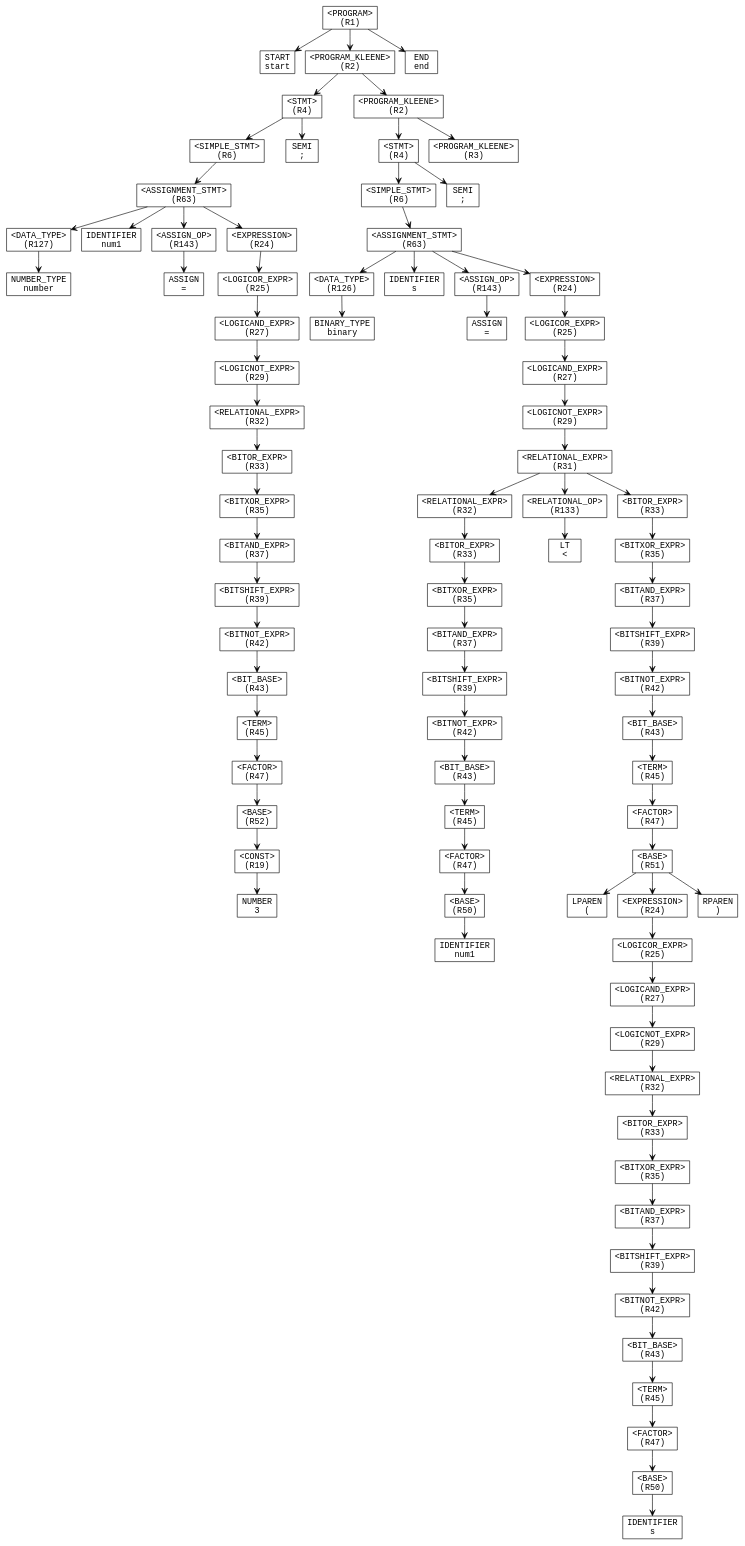
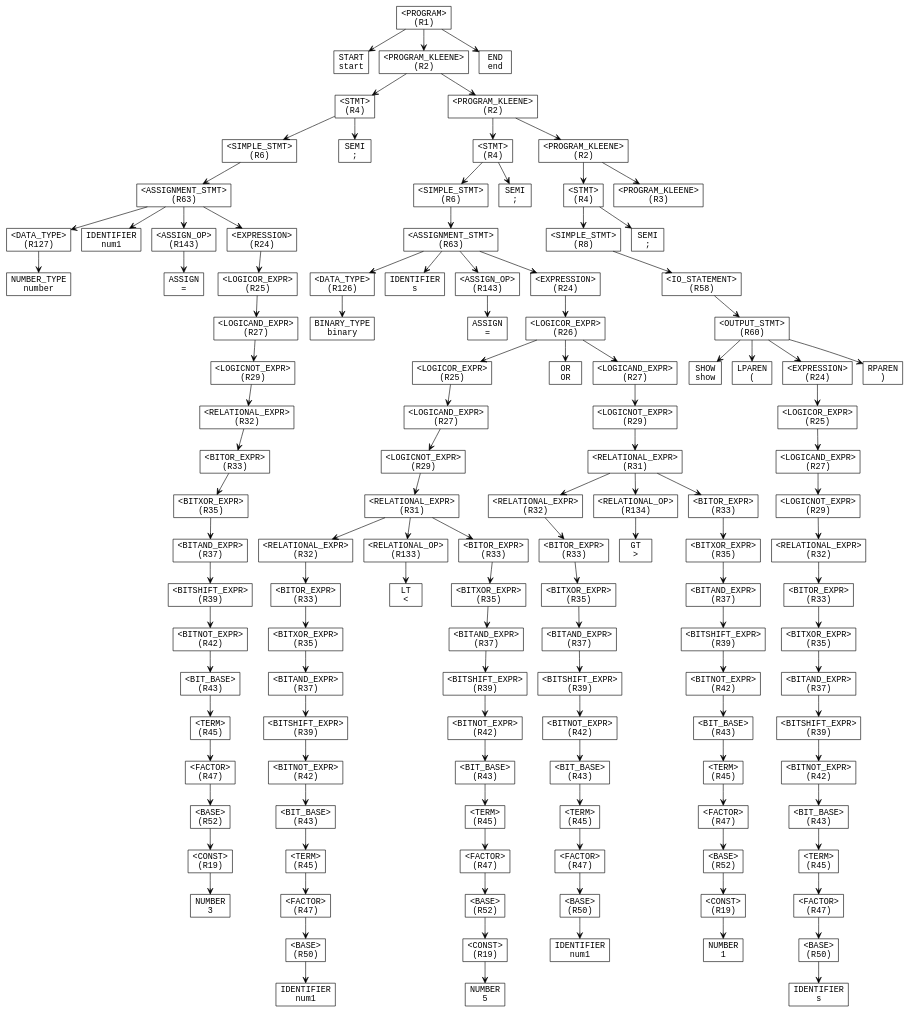
The diagram in parse_tree.dot (AjDesuuu/Upspyre-Programming-Language), drawn with Graphviz before and after one commit. The commit also changed 3 other files, not shown here.

```diff
--- a/parse_tree.dot
+++ b/parse_tree.dot
@@ -1,40 +1,39 @@
 digraph ParseTree {
   node [shape=box, fontname="Courier"];
   edge [arrowhead=vee];
-  n1492285321 [label="<PROGRAM>\n(R1)"];
-  n285769409 [label="START\nstart"];
-  n1492285321 -> n285769409;
-  n1536781295 [label="<PROGRAM_KLEENE>\n(R2)"];
-  n689754290 [label="<STMT>\n(R4)"];
-  n1654236199 [label="<SIMPLE_STMT>\n(R6)"];
-  n817180867 [label="<ASSIGNMENT_STMT>\n(R63)"];
-  n543417129 [label="<DATA_TYPE>\n(R127)"];
-  n1865760471 [label="NUMBER_TYPE\nnumber"];
-  n543417129 -> n1865760471;
+  n700131851 [label="<PROGRAM>\n(R1)"];
+  n1201800545 [label="START\nstart"];
+  n700131851 -> n1201800545;
+  n285769409 [label="<PROGRAM_KLEENE>\n(R2)"];
+  n1536781295 [label="<STMT>\n(R4)"];
+  n689754290 [label="<SIMPLE_STMT>\n(R6)"];
+  n1654236199 [label="<ASSIGNMENT_STMT>\n(R63)"];
+  n817180867 [label="<DATA_TYPE>\n(R127)"];
+  n543417129 [label="NUMBER_TYPE\nnumber"];
   n817180867 -> n543417129;
-  n1084360586 [label="IDENTIFIER\nnum1"];
-  n817180867 -> n1084360586;
-  n1493697653 [label="<ASSIGN_OP>\n(R143)"];
-  n1716379350 [label="ASSIGN\n="];
-  n1493697653 -> n1716379350;
-  n817180867 -> n1493697653;
-  n550016846 [label="<EXPRESSION>\n(R24)"];
-  n1887853194 [label="<LOGICOR_EXPR>\n(R25)"];
-  n1773454147 [label="<LOGICAND_EXPR>\n(R27)"];
-  n1627851725 [label="<LOGICNOT_EXPR>\n(R29)"];
-  n85033540 [label="<RELATIONAL_EXPR>\n(R32)"];
-  n1199688294 [label="<BITOR_EXPR>\n(R33)"];
-  n140556046 [label="<BITXOR_EXPR>\n(R35)"];
-  n1373670572 [label="<BITAND_EXPR>\n(R37)"];
-  n1491744630 [label="<BITSHIFT_EXPR>\n(R39)"];
-  n292619511 [label="<BITNOT_EXPR>\n(R42)"];
-  n480512272 [label="<BIT_BASE>\n(R43)"];
-  n1240757188 [label="<TERM>\n(R45)"];
-  n1076669451 [label="<FACTOR>\n(R47)"];
-  n1499684421 [label="<BASE>\n(R52)"];
-  n1697849584 [label="<CONST>\n(R19)"];
-  n263394753 [label="NUMBER\n3"];
-  n1697849584 -> n263394753;
+  n1654236199 -> n817180867;
+  n1865760471 [label="IDENTIFIER\nnum1"];
+  n1654236199 -> n1865760471;
+  n1084360586 [label="<ASSIGN_OP>\n(R143)"];
+  n1493697653 [label="ASSIGN\n="];
+  n1084360586 -> n1493697653;
+  n1654236199 -> n1084360586;
+  n1716379350 [label="<EXPRESSION>\n(R24)"];
+  n550016846 [label="<LOGICOR_EXPR>\n(R25)"];
+  n1887853194 [label="<LOGICAND_EXPR>\n(R27)"];
+  n1773454147 [label="<LOGICNOT_EXPR>\n(R29)"];
+  n1627851725 [label="<RELATIONAL_EXPR>\n(R32)"];
+  n85033540 [label="<BITOR_EXPR>\n(R33)"];
+  n1199688294 [label="<BITXOR_EXPR>\n(R35)"];
+  n140556046 [label="<BITAND_EXPR>\n(R37)"];
+  n1373670572 [label="<BITSHIFT_EXPR>\n(R39)"];
+  n1491744630 [label="<BITNOT_EXPR>\n(R42)"];
+  n292619511 [label="<BIT_BASE>\n(R43)"];
+  n480512272 [label="<TERM>\n(R45)"];
+  n1240757188 [label="<FACTOR>\n(R47)"];
+  n1076669451 [label="<BASE>\n(R52)"];
+  n1499684421 [label="<CONST>\n(R19)"];
+  n1697849584 [label="NUMBER\n3"];
   n1499684421 -> n1697849584;
   n1076669451 -> n1499684421;
   n1240757188 -> n1076669451;
@@ -49,27 +48,29 @@
   n1773454147 -> n1627851725;
   n1887853194 -> n1773454147;
   n550016846 -> n1887853194;
-  n817180867 -> n550016846;
-  n1654236199 -> n817180867;
+  n1716379350 -> n550016846;
+  n1654236199 -> n1716379350;
   n689754290 -> n1654236199;
-  n710589640 [label="SEMI\n;"];
-  n689754290 -> n710589640;
   n1536781295 -> n689754290;
-  n1762156208 [label="<PROGRAM_KLEENE>\n(R2)"];
-  n364959681 [label="<STMT>\n(R4)"];
-  n46847397 [label="<SIMPLE_STMT>\n(R6)"];
-  n2106168776 [label="<ASSIGNMENT_STMT>\n(R63)"];
-  n1457498391 [label="<DATA_TYPE>\n(R126)"];
-  n1169294034 [label="BINARY_TYPE\nbinary"];
-  n1457498391 -> n1169294034;
+  n263394753 [label="SEMI\n;"];
+  n1536781295 -> n263394753;
+  n285769409 -> n1536781295;
+  n710589640 [label="<PROGRAM_KLEENE>\n(R2)"];
+  n1762156208 [label="<STMT>\n(R4)"];
+  n364959681 [label="<SIMPLE_STMT>\n(R6)"];
+  n46847397 [label="<ASSIGNMENT_STMT>\n(R63)"];
+  n2106168776 [label="<DATA_TYPE>\n(R126)"];
+  n1457498391 [label="BINARY_TYPE\nbinary"];
   n2106168776 -> n1457498391;
-  n293703740 [label="IDENTIFIER\ns"];
-  n2106168776 -> n293703740;
-  n538402833 [label="<ASSIGN_OP>\n(R143)"];
-  n187429397 [label="ASSIGN\n="];
-  n538402833 -> n187429397;
-  n2106168776 -> n538402833;
-  n1583007024 [label="<EXPRESSION>\n(R24)"];
+  n46847397 -> n2106168776;
+  n1169294034 [label="IDENTIFIER\ns"];
+  n46847397 -> n1169294034;
+  n293703740 [label="<ASSIGN_OP>\n(R143)"];
+  n538402833 [label="ASSIGN\n="];
+  n293703740 -> n538402833;
+  n46847397 -> n293703740;
+  n187429397 [label="<EXPRESSION>\n(R24)"];
+  n1583007024 [label="<LOGICOR_EXPR>\n(R26)"];
   n1128771255 [label="<LOGICOR_EXPR>\n(R25)"];
   n1481328934 [label="<LOGICAND_EXPR>\n(R27)"];
   n212120416 [label="<LOGICNOT_EXPR>\n(R29)"];
@@ -108,41 +109,11 @@
   n960567963 [label="<BIT_BASE>\n(R43)"];
   n881821475 [label="<TERM>\n(R45)"];
   n1779613187 [label="<FACTOR>\n(R47)"];
-  n2143690519 [label="<BASE>\n(R51)"];
-  n1323452342 [label="LPAREN\n("];
+  n2143690519 [label="<BASE>\n(R52)"];
+  n1323452342 [label="<CONST>\n(R19)"];
+  n110917590 [label="NUMBER\n5"];
+  n1323452342 -> n110917590;
   n2143690519 -> n1323452342;
-  n110917590 [label="<EXPRESSION>\n(R24)"];
-  n2038510496 [label="<LOGICOR_EXPR>\n(R25)"];
-  n921744672 [label="<LOGICAND_EXPR>\n(R27)"];
-  n1794345919 [label="<LOGICNOT_EXPR>\n(R29)"];
-  n255091696 [label="<RELATIONAL_EXPR>\n(R32)"];
-  n2144886149 [label="<BITOR_EXPR>\n(R33)"];
-  n1286782699 [label="<BITXOR_EXPR>\n(R35)"];
-  n988441265 [label="<BITAND_EXPR>\n(R37)"];
-  n384677375 [label="<BITSHIFT_EXPR>\n(R39)"];
-  n728032978 [label="<BITNOT_EXPR>\n(R42)"];
-  n1928872115 [label="<BIT_BASE>\n(R43)"];
-  n464389055 [label="<TERM>\n(R45)"];
-  n1612124024 [label="<FACTOR>\n(R47)"];
-  n1816737758 [label="<BASE>\n(R50)"];
-  n1552158524 [label="IDENTIFIER\ns"];
-  n1816737758 -> n1552158524;
-  n1612124024 -> n1816737758;
-  n464389055 -> n1612124024;
-  n1928872115 -> n464389055;
-  n728032978 -> n1928872115;
-  n384677375 -> n728032978;
-  n988441265 -> n384677375;
-  n1286782699 -> n988441265;
-  n2144886149 -> n1286782699;
-  n255091696 -> n2144886149;
-  n1794345919 -> n255091696;
-  n921744672 -> n1794345919;
-  n2038510496 -> n921744672;
-  n110917590 -> n2038510496;
-  n2143690519 -> n110917590;
-  n928799976 [label="RPAREN\n)"];
-  n2143690519 -> n928799976;
   n1779613187 -> n2143690519;
   n881821475 -> n1779613187;
   n960567963 -> n881821475;
@@ -156,16 +127,121 @@
   n1481328934 -> n212120416;
   n1128771255 -> n1481328934;
   n1583007024 -> n1128771255;
-  n2106168776 -> n1583007024;
-  n46847397 -> n2106168776;
+  n2038510496 [label="OR\nOR"];
+  n1583007024 -> n2038510496;
+  n921744672 [label="<LOGICAND_EXPR>\n(R27)"];
+  n1794345919 [label="<LOGICNOT_EXPR>\n(R29)"];
+  n255091696 [label="<RELATIONAL_EXPR>\n(R31)"];
+  n2144886149 [label="<RELATIONAL_EXPR>\n(R32)"];
+  n1286782699 [label="<BITOR_EXPR>\n(R33)"];
+  n988441265 [label="<BITXOR_EXPR>\n(R35)"];
+  n384677375 [label="<BITAND_EXPR>\n(R37)"];
+  n728032978 [label="<BITSHIFT_EXPR>\n(R39)"];
+  n1928872115 [label="<BITNOT_EXPR>\n(R42)"];
+  n464389055 [label="<BIT_BASE>\n(R43)"];
+  n1612124024 [label="<TERM>\n(R45)"];
+  n1816737758 [label="<FACTOR>\n(R47)"];
+  n1552158524 [label="<BASE>\n(R50)"];
+  n928799976 [label="IDENTIFIER\nnum1"];
+  n1552158524 -> n928799976;
+  n1816737758 -> n1552158524;
+  n1612124024 -> n1816737758;
+  n464389055 -> n1612124024;
+  n1928872115 -> n464389055;
+  n728032978 -> n1928872115;
+  n384677375 -> n728032978;
+  n988441265 -> n384677375;
+  n1286782699 -> n988441265;
+  n2144886149 -> n1286782699;
+  n255091696 -> n2144886149;
+  n1869146548 [label="<RELATIONAL_OP>\n(R134)"];
+  n1245365312 [label="GT\n>"];
+  n1869146548 -> n1245365312;
+  n255091696 -> n1869146548;
+  n909893588 [label="<BITOR_EXPR>\n(R33)"];
+  n1674931943 [label="<BITXOR_EXPR>\n(R35)"];
+  n1264066144 [label="<BITAND_EXPR>\n(R37)"];
+  n1474087823 [label="<BITSHIFT_EXPR>\n(R39)"];
+  n1064397791 [label="<BITNOT_EXPR>\n(R42)"];
+  n2006681728 [label="<BIT_BASE>\n(R43)"];
+  n2092638989 [label="<TERM>\n(R45)"];
+  n1292509094 [label="<FACTOR>\n(R47)"];
+  n2031200843 [label="<BASE>\n(R52)"];
+  n1390801505 [label="<CONST>\n(R19)"];
+  n2011369595 [label="NUMBER\n1"];
+  n1390801505 -> n2011369595;
+  n2031200843 -> n1390801505;
+  n1292509094 -> n2031200843;
+  n2092638989 -> n1292509094;
+  n2006681728 -> n2092638989;
+  n1064397791 -> n2006681728;
+  n1474087823 -> n1064397791;
+  n1264066144 -> n1474087823;
+  n1674931943 -> n1264066144;
+  n909893588 -> n1674931943;
+  n255091696 -> n909893588;
+  n1794345919 -> n255091696;
+  n921744672 -> n1794345919;
+  n1583007024 -> n921744672;
+  n187429397 -> n1583007024;
+  n46847397 -> n187429397;
   n364959681 -> n46847397;
-  n1869146548 [label="SEMI\n;"];
-  n364959681 -> n1869146548;
   n1762156208 -> n364959681;
-  n1245365312 [label="<PROGRAM_KLEENE>\n(R3)"];
-  n1762156208 -> n1245365312;
-  n1536781295 -> n1762156208;
-  n1492285321 -> n1536781295;
-  n909893588 [label="END\nend"];
-  n1492285321 -> n909893588;
+  n1779029518 [label="SEMI\n;"];
+  n1762156208 -> n1779029518;
+  n710589640 -> n1762156208;
+  n515799798 [label="<PROGRAM_KLEENE>\n(R2)"];
+  n1672869306 [label="<STMT>\n(R4)"];
+  n205148543 [label="<SIMPLE_STMT>\n(R8)"];
+  n673668944 [label="<IO_STATEMENT>\n(R58)"];
+  n1168374120 [label="<OUTPUT_STMT>\n(R60)"];
+  n158850115 [label="SHOW\nshow"];
+  n1168374120 -> n158850115;
+  n1469629883 [label="LPAREN\n("];
+  n1168374120 -> n1469629883;
+  n1163382215 [label="<EXPRESSION>\n(R24)"];
+  n535106748 [label="<LOGICOR_EXPR>\n(R25)"];
+  n684152519 [label="<LOGICAND_EXPR>\n(R27)"];
+  n971242361 [label="<LOGICNOT_EXPR>\n(R29)"];
+  n1109467255 [label="<RELATIONAL_EXPR>\n(R32)"];
+  n1976999035 [label="<BITOR_EXPR>\n(R33)"];
+  n1739955560 [label="<BITXOR_EXPR>\n(R35)"];
+  n1093372628 [label="<BITAND_EXPR>\n(R37)"];
+  n172111902 [label="<BITSHIFT_EXPR>\n(R39)"];
+  n1261848681 [label="<BITNOT_EXPR>\n(R42)"];
+  n2343610 [label="<BIT_BASE>\n(R43)"];
+  n490968384 [label="<TERM>\n(R45)"];
+  n115006526 [label="<FACTOR>\n(R47)"];
+  n2136385932 [label="<BASE>\n(R50)"];
+  n1635685070 [label="IDENTIFIER\ns"];
+  n2136385932 -> n1635685070;
+  n115006526 -> n2136385932;
+  n490968384 -> n115006526;
+  n2343610 -> n490968384;
+  n1261848681 -> n2343610;
+  n172111902 -> n1261848681;
+  n1093372628 -> n172111902;
+  n1739955560 -> n1093372628;
+  n1976999035 -> n1739955560;
+  n1109467255 -> n1976999035;
+  n971242361 -> n1109467255;
+  n684152519 -> n971242361;
+  n535106748 -> n684152519;
+  n1163382215 -> n535106748;
+  n1168374120 -> n1163382215;
+  n1620505140 [label="RPAREN\n)"];
+  n1168374120 -> n1620505140;
+  n673668944 -> n1168374120;
+  n205148543 -> n673668944;
+  n1672869306 -> n205148543;
+  n813562164 [label="SEMI\n;"];
+  n1672869306 -> n813562164;
+  n515799798 -> n1672869306;
+  n2049780862 [label="<PROGRAM_KLEENE>\n(R3)"];
+  n515799798 -> n2049780862;
+  n710589640 -> n515799798;
+  n285769409 -> n710589640;
+  n700131851 -> n285769409;
+  n1875912983 [label="END\nend"];
+  n700131851 -> n1875912983;
 }
```
